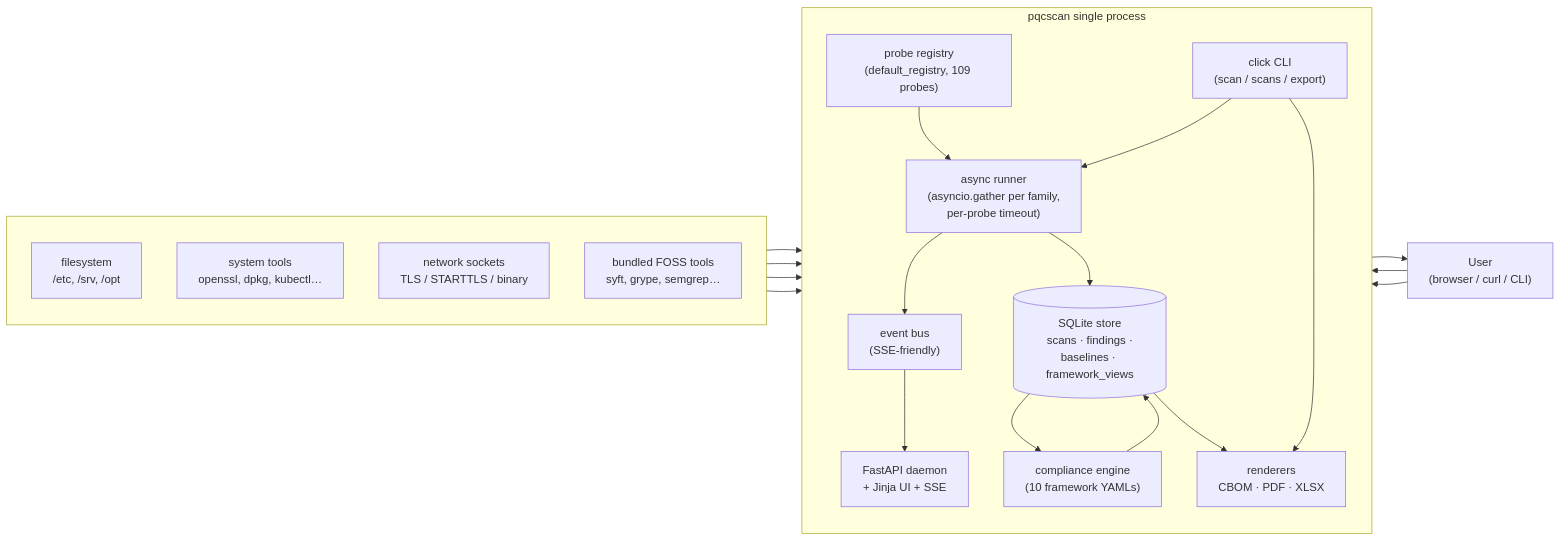
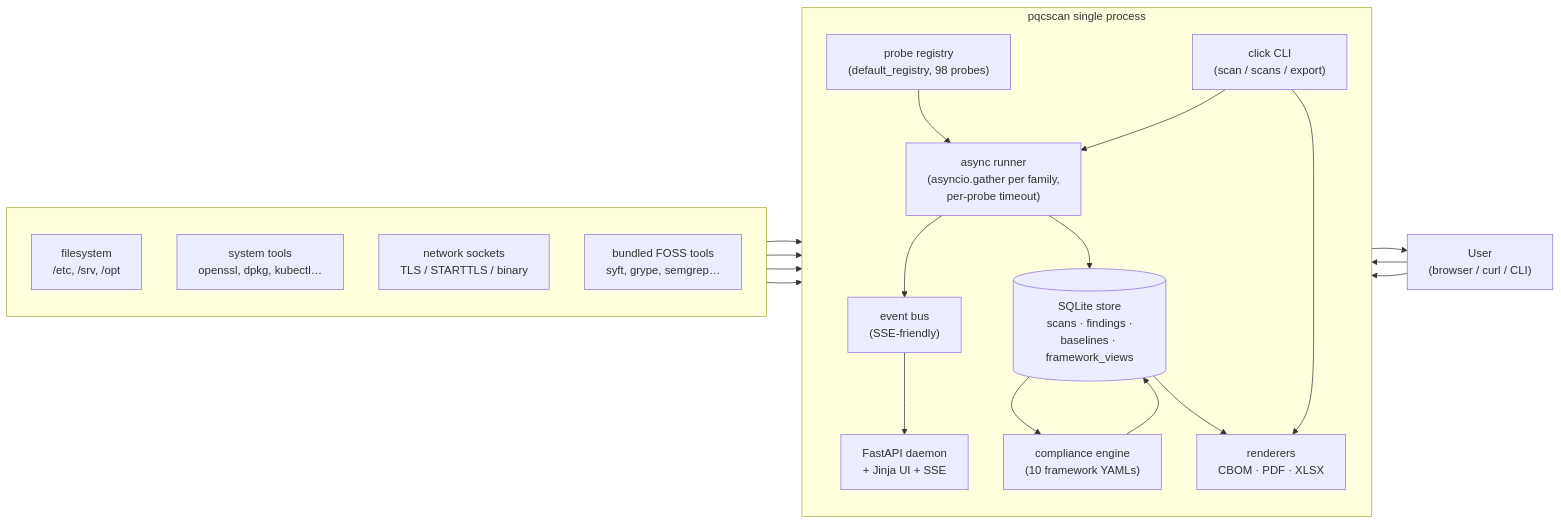
One commit to orengacademy/pqc-scanner2 changed the first of 8 diagrams in README.md. Above: the diagram before and after it, drawn with Mermaid. The commit also changed other lines of this file and 2 other files, not shown here.

First line of the commit message:
docs(status): Plan H.1 closeout — 98 probes (CVE/secrets/audit dropped)

````diff
--- a/README.md
+++ b/README.md
@@ -33,39 +33,39 @@
 ```mermaid
 flowchart LR
     subgraph host[" "]
         direction TB
         FS["filesystem<br/>/etc, /srv, /opt"]
         SYS["system tools<br/>openssl, dpkg, kubectl…"]
         NET["network sockets<br/>TLS / STARTTLS / binary"]
         FOSS["bundled FOSS tools<br/>syft, grype, semgrep…"]
     end
 
     subgraph proc["pqcscan single process"]
         direction TB
-        REG["probe registry<br/>(default_registry, 109 probes)"]
+        REG["probe registry<br/>(default_registry, 98 probes)"]
         RUN["async runner<br/>(asyncio.gather per family,<br/>per-probe timeout)"]
         BUS["event bus<br/>(SSE-friendly)"]
         REPO[("SQLite store<br/>scans · findings ·<br/>baselines · framework_views")]
         COMP["compliance engine<br/>(10 framework YAMLs)"]
         DAEMON["FastAPI daemon<br/>+ Jinja UI + SSE"]
         CLI["click CLI<br/>(scan / scans / export)"]
         REND["renderers<br/>CBOM · PDF · XLSX"]
     end
 
     USER["User<br/>(browser / curl / CLI)"]
 
     FS  --> RUN
     SYS --> RUN
     NET --> RUN
     FOSS --> RUN
     REG --> RUN
     RUN --> BUS --> DAEMON
     RUN --> REPO
     REPO --> COMP --> REPO
     REPO --> REND
     DAEMON --> USER
     CLI   --> RUN
     CLI   --> REND
     USER  --> DAEMON
     USER  --> CLI
 ```
````
